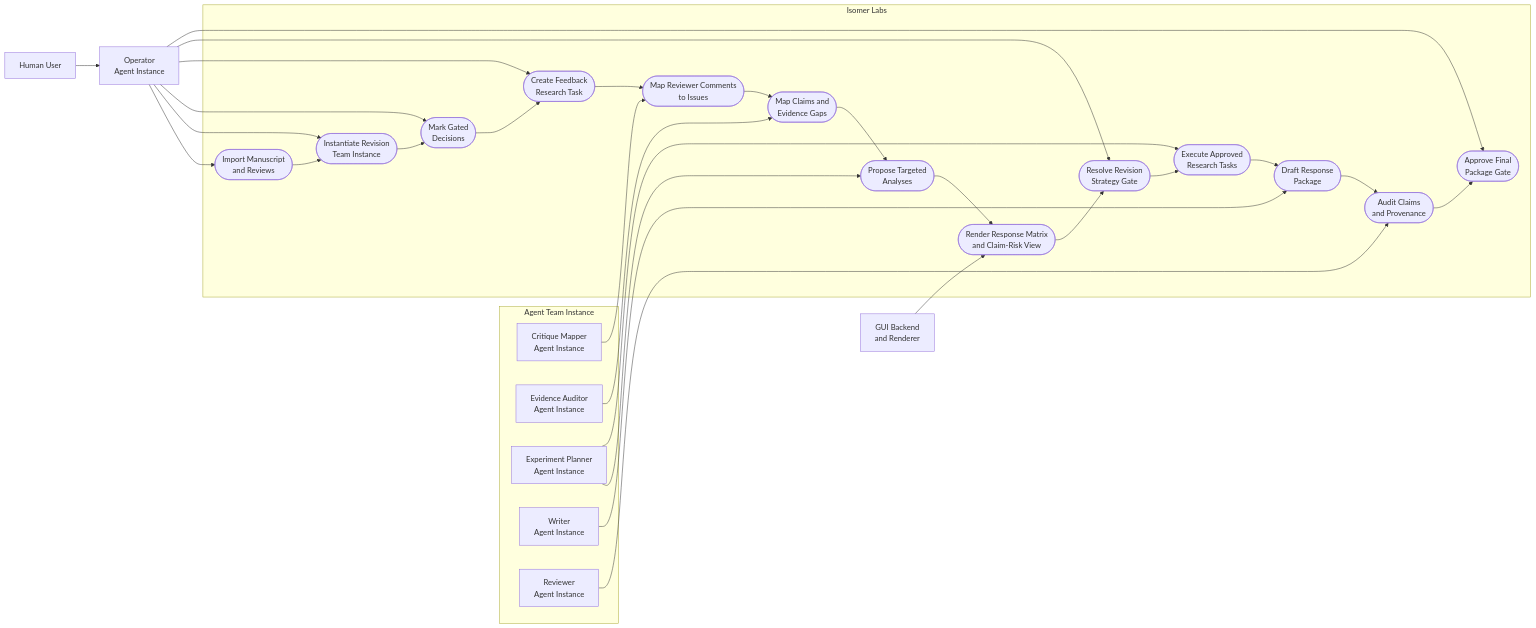
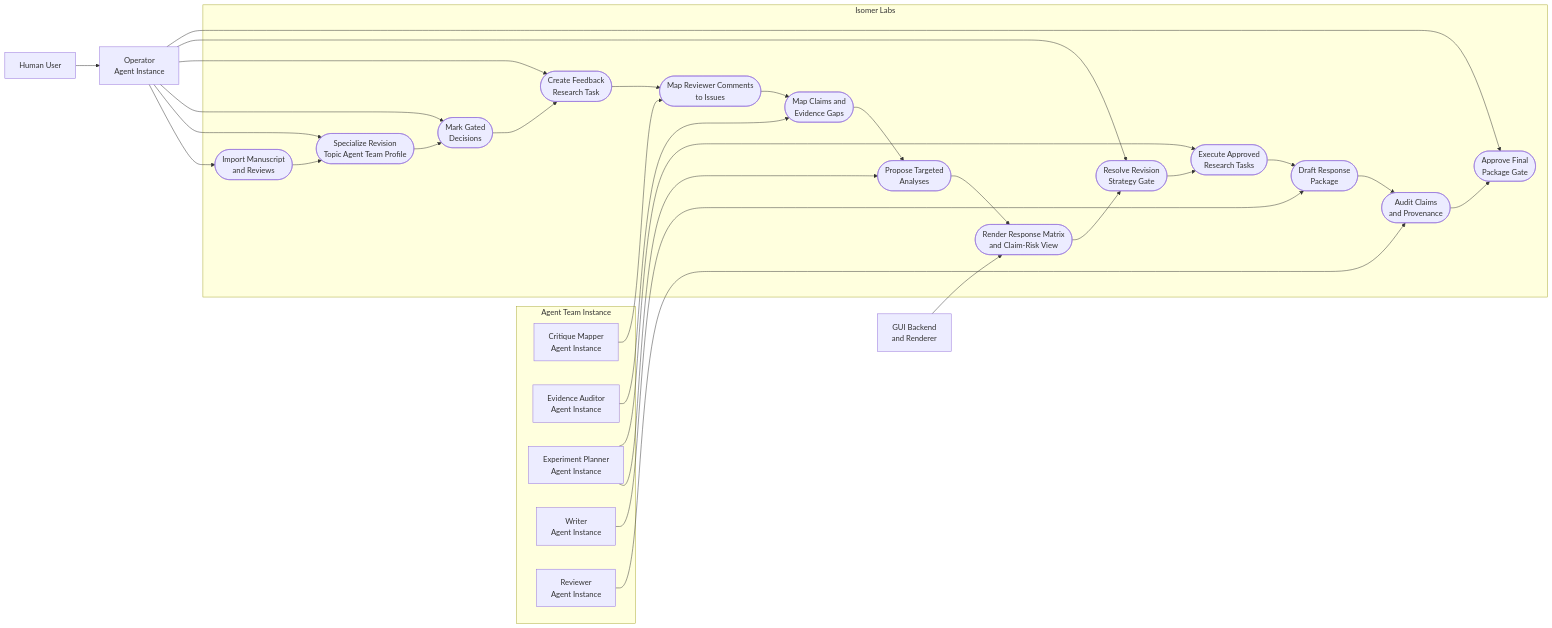
Before and after one commit to CodeGandee/isomer-labs: the first of 2 diagrams in .imsight-arts/project-explore/use-cases/uc-03-plan-and-execute-paper-revision.md, drawn with Mermaid. The commit also changed other lines of this file and 12 other files, not shown here.

Commit message:
docs: define domain topic team lifecycle

````diff
--- a/.imsight-arts/project-explore/use-cases/uc-03-plan-and-execute-paper-revision.md
+++ b/.imsight-arts/project-explore/use-cases/uc-03-plan-and-execute-paper-revision.md
@@ -33,58 +33,58 @@
 ```mermaid
 flowchart LR
   User[Human User]
   Operator["Operator<br/>Agent Instance"]
   GUI["GUI Backend<br/>and Renderer"]
 
   subgraph TeamInstance["Agent Team Instance"]
     Mapper["Critique Mapper<br/>Agent Instance"]
     Auditor["Evidence Auditor<br/>Agent Instance"]
     Planner["Experiment Planner<br/>Agent Instance"]
     Writer["Writer<br/>Agent Instance"]
     Reviewer["Reviewer<br/>Agent Instance"]
   end
 
   subgraph Isomer["Isomer Labs"]
     UC1([Import Manuscript<br/>and Reviews])
-    UC2([Instantiate Revision<br/>Team Instance])
+    UC2([Specialize Revision<br/>Topic Agent Team Profile])
     UC3([Mark Gated<br/>Decisions])
     UC4([Create Feedback<br/>Research Task])
     UC5([Map Reviewer Comments<br/>to Issues])
     UC6([Map Claims and<br/>Evidence Gaps])
     UC7([Propose Targeted<br/>Analyses])
     UC8([Render Response Matrix<br/>and Claim-Risk View])
     UC9([Resolve Revision<br/>Strategy Gate])
     UC10([Execute Approved<br/>Research Tasks])
     UC11([Draft Response<br/>Package])
     UC12([Audit Claims<br/>and Provenance])
     UC13([Approve Final<br/>Package Gate])
   end
 
   User --> Operator
   Operator --> UC1
   Operator --> UC2
   Operator --> UC3
   Operator --> UC4
   Mapper --> UC5
   Auditor --> UC6
   Planner --> UC7
   GUI --> UC8
   Operator --> UC9
   Planner --> UC10
   Writer --> UC11
   Reviewer --> UC12
   Operator --> UC13
 
   UC1 --> UC2
   UC2 --> UC3
   UC3 --> UC4
   UC4 --> UC5
   UC5 --> UC6
   UC6 --> UC7
   UC7 --> UC8
   UC8 --> UC9
   UC9 --> UC10
   UC10 --> UC11
   UC11 --> UC12
   UC12 --> UC13
 ```
````
